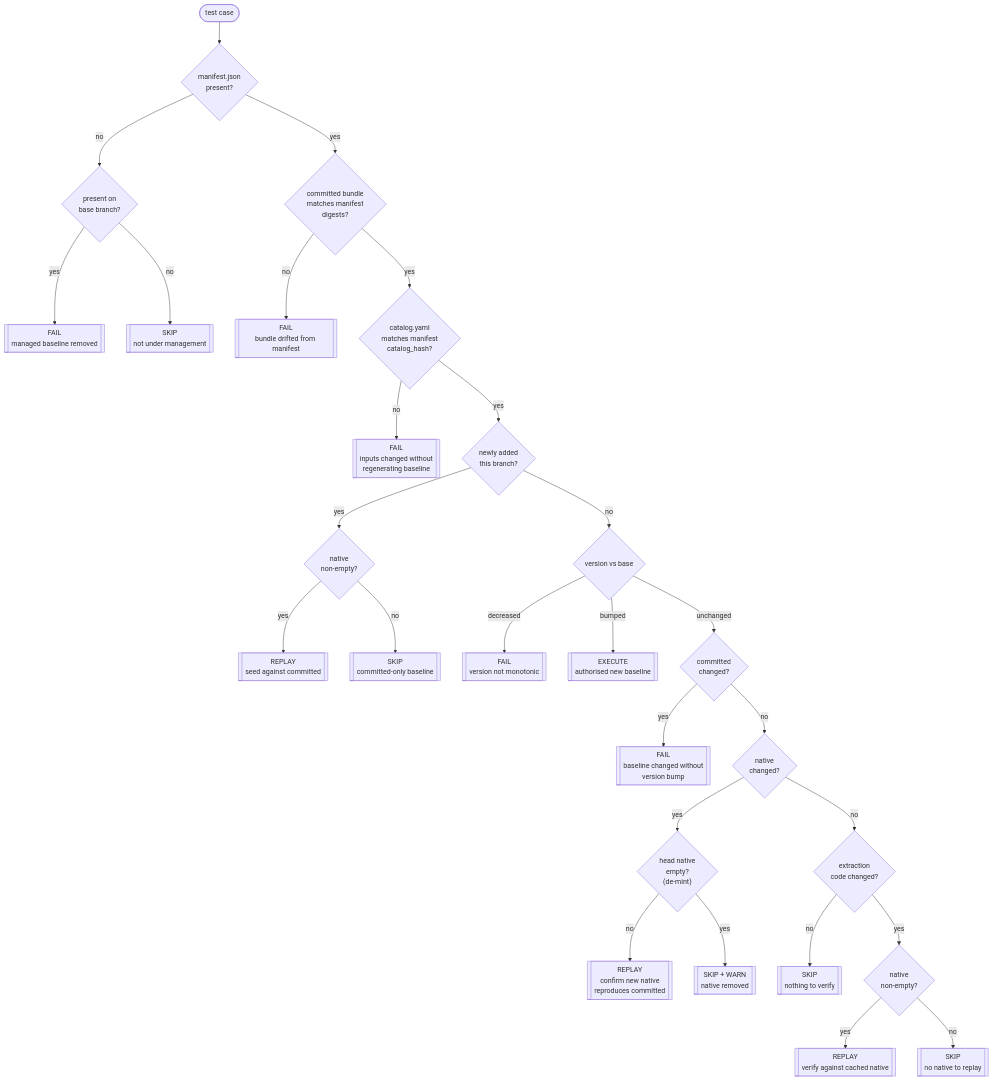
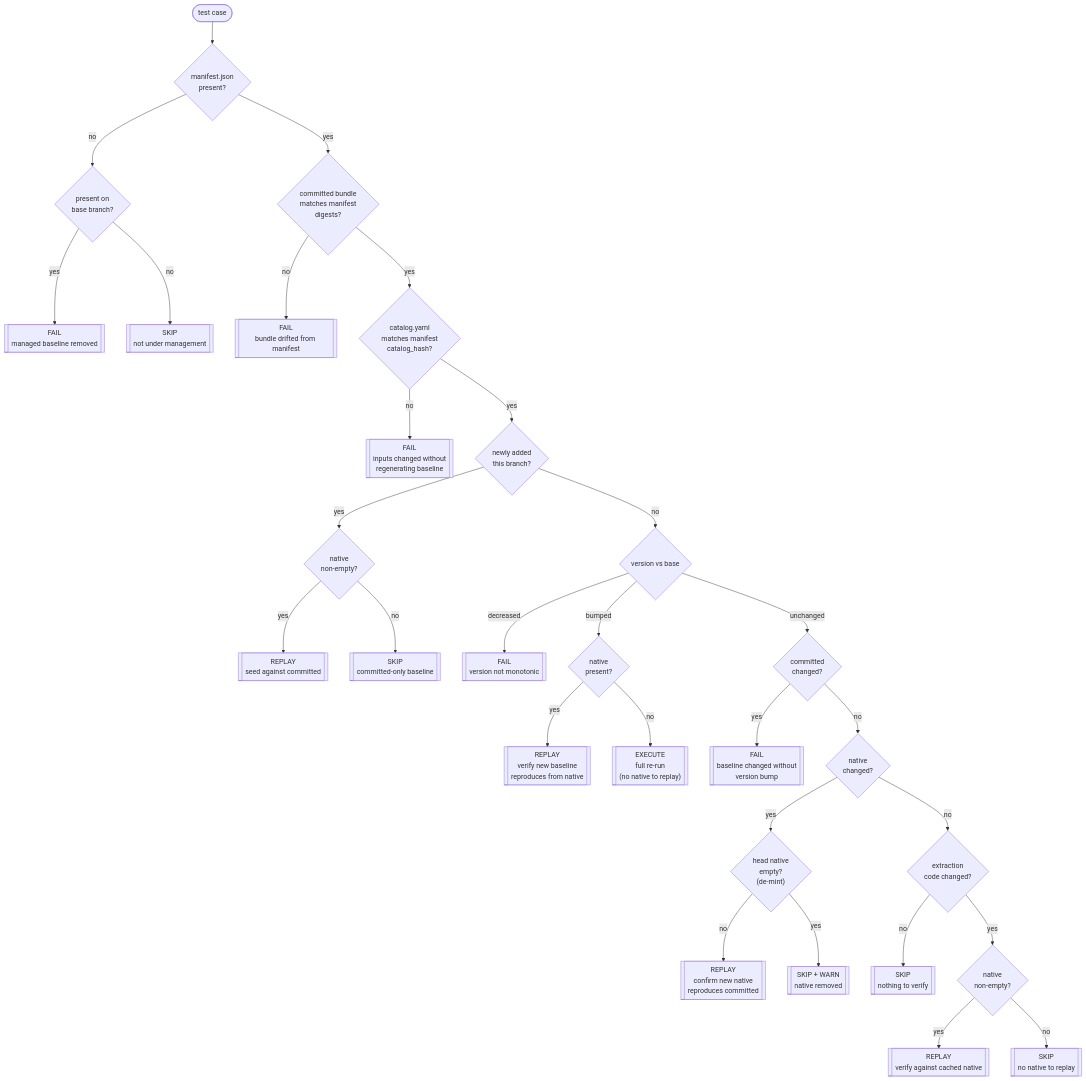
Before and after one commit to Climate-REF/climate-ref: the second of 2 diagrams in docs/background/regression-baselines.md, drawn with Mermaid. The commit also changed other lines of this file and 3 other files, not shown here.

Commit message:
chore: catch version bumps wiht native bundles

````diff
--- a/docs/background/regression-baselines.md
+++ b/docs/background/regression-baselines.md
@@ -98,37 +98,39 @@
 ```mermaid
 flowchart TD
     start([test case]) --> hasManifest{manifest.json<br/>present?}
 
     hasManifest -->|no| baseHad{present on<br/>base branch?}
     baseHad -->|yes| failDeleted[["FAIL<br/>managed baseline removed"]]
     baseHad -->|no| skipUnmanaged[["SKIP<br/>not under management"]]
 
     hasManifest -->|yes| committedOk{committed bundle<br/>matches manifest<br/>digests?}
     committedOk -->|no| failDrift[["FAIL<br/>bundle drifted from manifest"]]
 
     committedOk -->|yes| catalogOk{catalog.yaml<br/>matches manifest<br/>catalog_hash?}
     catalogOk -->|no| failCatalog[["FAIL<br/>inputs changed without<br/>regenerating baseline"]]
 
     catalogOk -->|yes| seeding{newly added<br/>this branch?}
     seeding -->|yes| seedNative{native<br/>non-empty?}
     seedNative -->|yes| replaySeed[["REPLAY<br/>seed against committed"]]
     seedNative -->|no| skipSeed[["SKIP<br/>committed-only baseline"]]
 
     seeding -->|no| versionCmp{version vs base}
     versionCmp -->|decreased| failVersion[["FAIL<br/>version not monotonic"]]
-    versionCmp -->|bumped| execute[["EXECUTE<br/>authorised new baseline"]]
+    versionCmp -->|bumped| bumpNative{native<br/>present?}
+    bumpNative -->|yes| replayBump[["REPLAY<br/>verify new baseline<br/>reproduces from native"]]
+    bumpNative -->|no| execute[["EXECUTE<br/>full re-run<br/>(no native to replay)"]]
     versionCmp -->|unchanged| committedChanged{committed<br/>changed?}
 
     committedChanged -->|yes| failUnauthorised[["FAIL<br/>baseline changed without<br/>version bump"]]
     committedChanged -->|no| nativeChanged{native<br/>changed?}
 
     nativeChanged -->|yes| nativeEmpty{"head native<br/>empty?<br/>(de-mint)"}
     nativeEmpty -->|no| replayNative[["REPLAY<br/>confirm new native<br/>reproduces committed"]]
     nativeEmpty -->|yes| skipDemint[["SKIP + WARN<br/>native removed"]]
 
     nativeChanged -->|no| extractionChanged{extraction<br/>code changed?}
     extractionChanged -->|no| skipNothing[["SKIP<br/>nothing to verify"]]
     extractionChanged -->|yes| extractNative{native<br/>non-empty?}
     extractNative -->|yes| replayExtract[["REPLAY<br/>verify against cached native"]]
     extractNative -->|no| skipExtract[["SKIP<br/>no native to replay"]]
 ```
````
